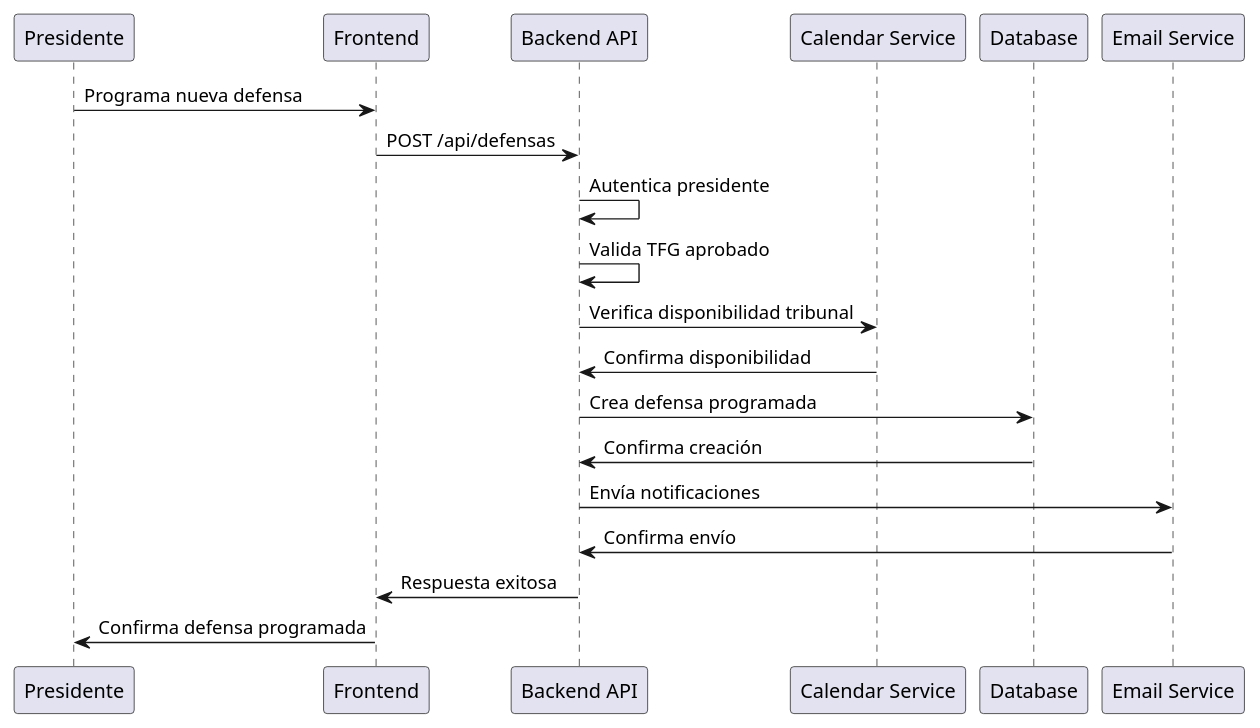
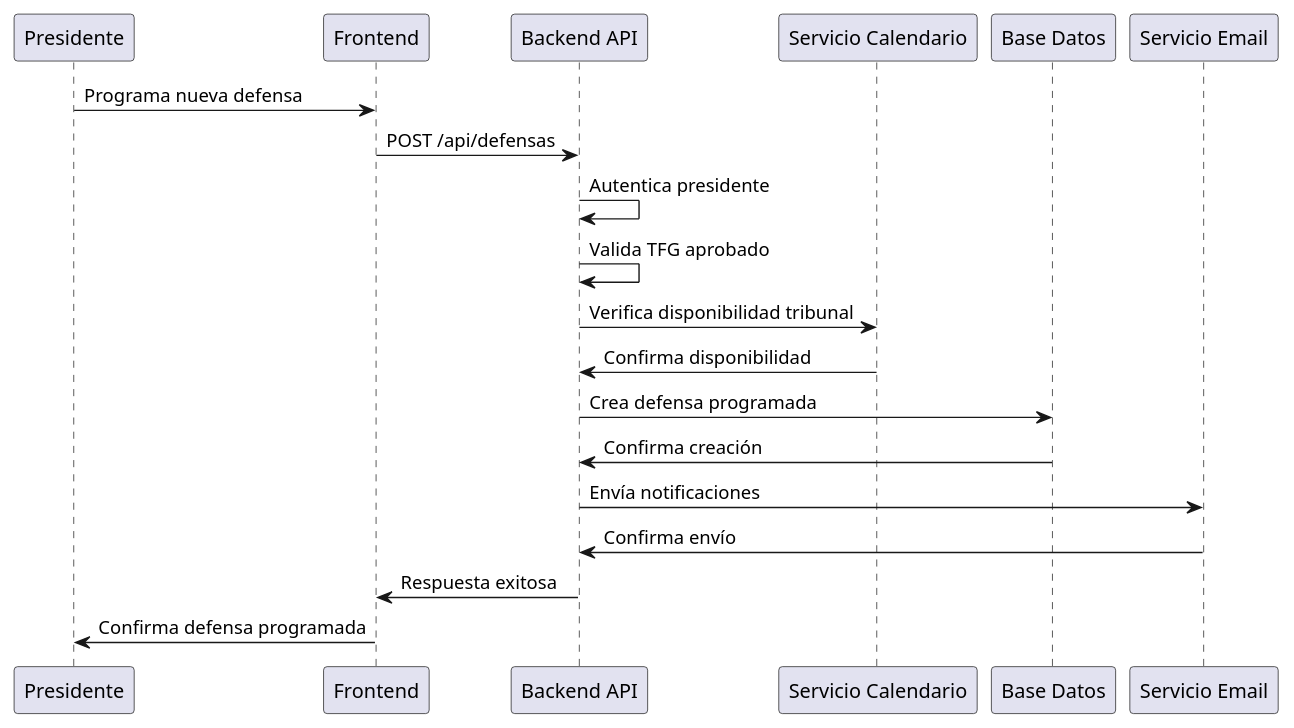
One commit to JuanmaCenteno/PlataformaTFG changed the fourth of 4 diagrams in docs/04_analisis_sistema.md. Above: the diagram before and after it, drawn with PlantUML. The commit also changed other lines of this file and 4 other files, not shown here.

````diff
--- a/docs/04_analisis_sistema.md
+++ b/docs/04_analisis_sistema.md
@@ -475,23 +475,23 @@
 ```plantuml
 @startuml
 participant "Presidente" as PRES
 participant "Frontend" as FE
 participant "Backend API" as BE
-participant "Calendar Service" as CAL
-participant "Database" as DB
-participant "Email Service" as EMAIL
+participant "Servicio Calendario" as CAL
+participant "Base Datos" as DB
+participant "Servicio Email" as EMAIL
 
 PRES -> FE: Programa nueva defensa
 FE -> BE: POST /api/defensas
 BE -> BE: Autentica presidente
 BE -> BE: Valida TFG aprobado
 BE -> CAL: Verifica disponibilidad tribunal
 CAL -> BE: Confirma disponibilidad
 BE -> DB: Crea defensa programada
 DB -> BE: Confirma creación
 BE -> EMAIL: Envía notificaciones
 EMAIL -> BE: Confirma envío
 BE -> FE: Respuesta exitosa
 FE -> PRES: Confirma defensa programada
 @enduml
 ```
````
